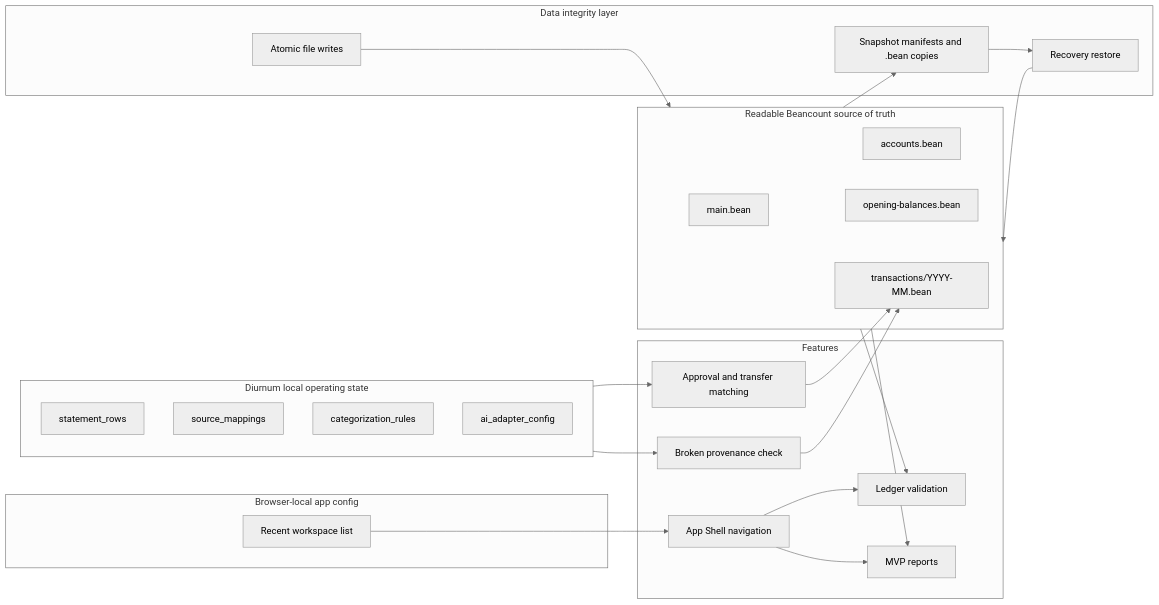
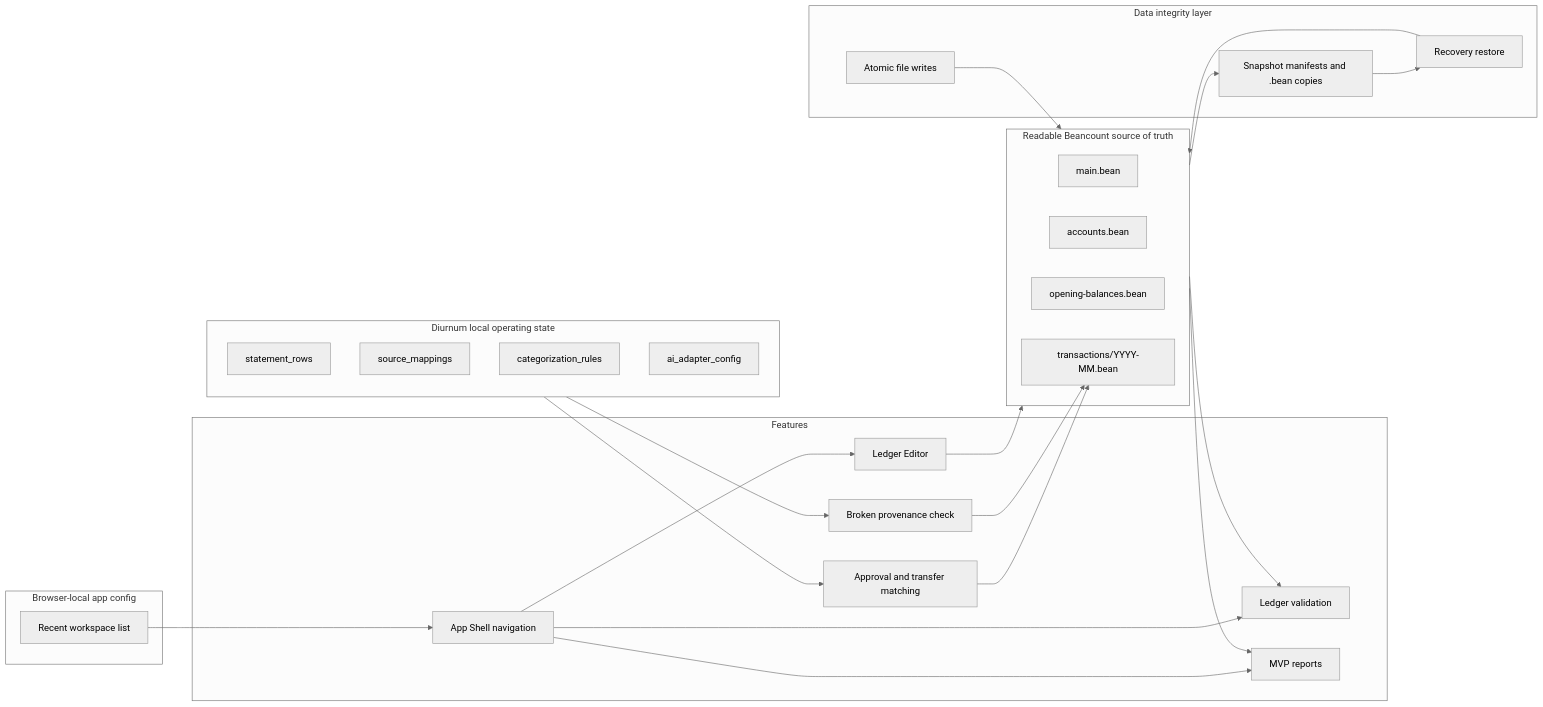
The third of 4 diagrams in docs/architecture.md (Diurnum-Dev/Diurnum), drawn with Mermaid (neutral theme) before and after one commit. The commit also changed other lines of this file and 17 other files, not shown here.

Commit message:
feat: add codemirror ledger editor

````diff
--- a/docs/architecture.md
+++ b/docs/architecture.md
@@ -91,48 +99,51 @@
 ```mermaid
 flowchart LR
   subgraph LedgerFiles[Readable Beancount source of truth]
     Main[main.bean]
     Accounts[accounts.bean]
     Opening[opening-balances.bean]
     Monthly[transactions/YYYY-MM.bean]
   end
 
   subgraph SQLite[Diurnum local operating state]
     Rows[statement_rows]
     Mappings[source_mappings]
     Rules[categorization_rules]
     Adapter[ai_adapter_config]
   end
 
   subgraph AppConfig[Browser-local app config]
     Recents[Recent workspace list]
   end
 
   subgraph Features[Features]
     Shell[App Shell navigation]
+    Editor[Ledger Editor]
     Validation[Ledger validation]
     Approval[Approval and transfer matching]
     Provenance[Broken provenance check]
     Reports[MVP reports]
   end
 
   subgraph Integrity[Data integrity layer]
     Atomic[Atomic file writes]
     Snapshots[Snapshot manifests and .bean copies]
     Recovery[Recovery restore]
   end
 
   LedgerFiles --> Validation
   LedgerFiles --> Reports
   SQLite --> Approval
   SQLite --> Provenance
   Recents --> Shell
+  Shell --> Editor
+  Editor --> LedgerFiles
   Shell --> Validation
   Shell --> Reports
   Atomic --> LedgerFiles
   LedgerFiles --> Snapshots
   Snapshots --> Recovery
   Recovery --> LedgerFiles
   Approval --> Monthly
   Provenance --> Monthly
 ```
````
